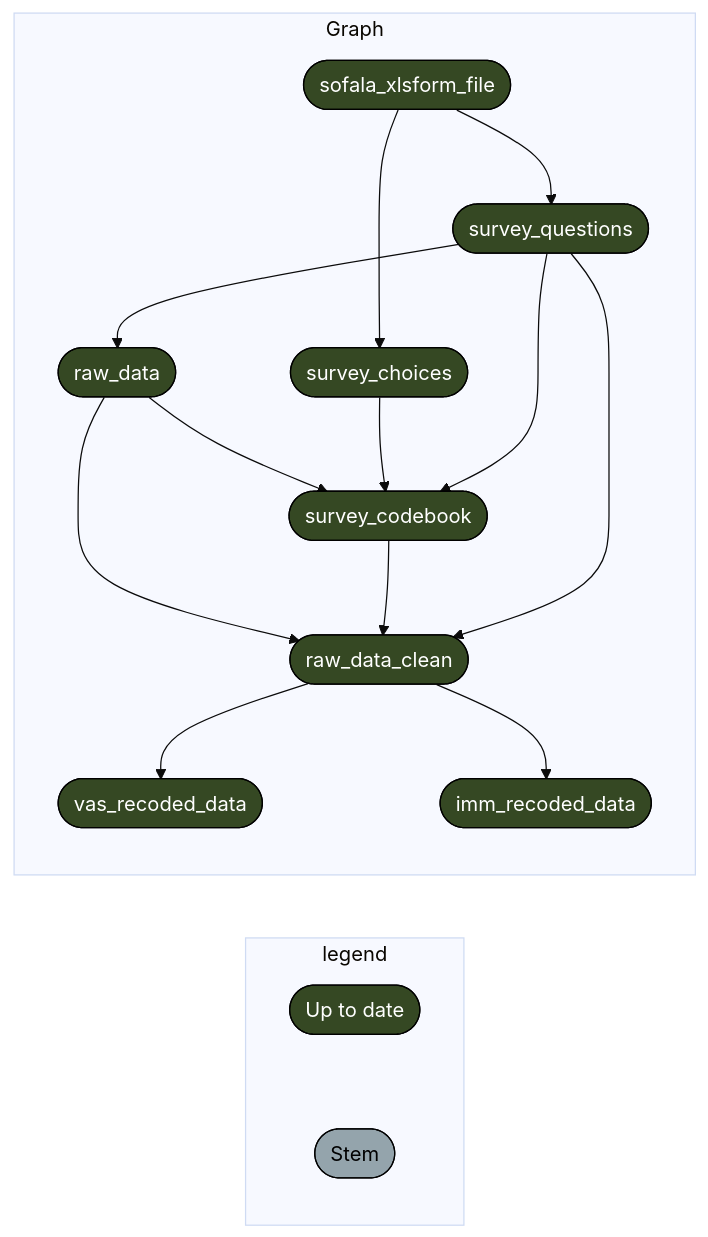
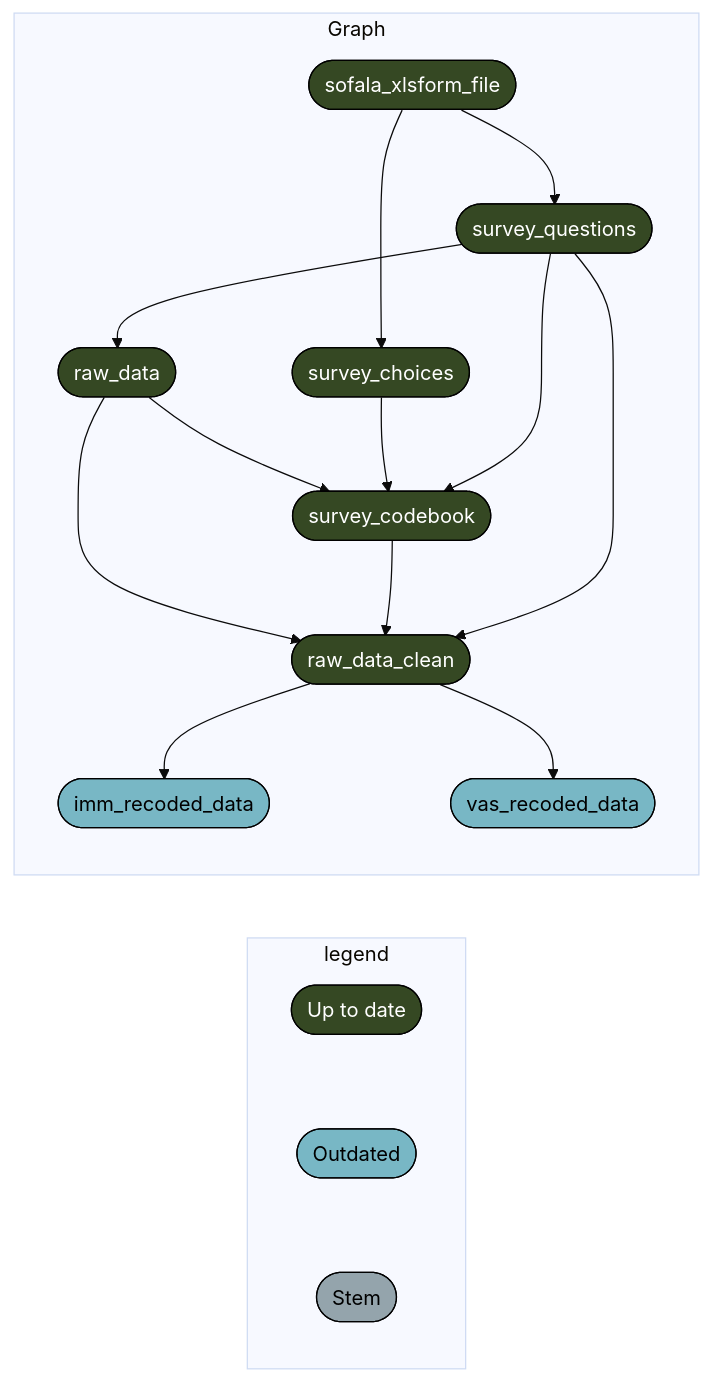
The fifth of 5 diagrams in README.md (katilingban/mozambique-s3m), drawn with Mermaid (base theme) before and after one commit. The commit also changed other lines of this file and 5 other files, not shown here.

````diff
--- a/README.md
+++ b/README.md
@@ -157,22 +155,25 @@
 ``` mermaid
 graph LR
   subgraph legend
-    x7420bd9270f8d27d([""Up to date""]):::uptodate --- xbf4603d6c2c2ad6b([""Stem""]):::none
+    x7420bd9270f8d27d([""Up to date""]):::uptodate --- x0a52b03877696646([""Outdated""]):::outdated
+    x0a52b03877696646([""Outdated""]):::outdated --- xbf4603d6c2c2ad6b([""Stem""]):::none
   end
   subgraph Graph
+    x09e58614f2343db8(["raw_data_clean"]):::uptodate --> x4886c91a92173c33(["imm_recoded_data"]):::outdated
+    x52eeb21c389d52d8(["sofala_xlsform_file"]):::uptodate --> x0c65864d89dfd824(["survey_questions"]):::uptodate
+    x09e58614f2343db8(["raw_data_clean"]):::uptodate --> x1dccf1efe1fe8a59(["vas_recoded_data"]):::outdated
     x136e4e85e6851637(["raw_data"]):::uptodate --> xfcfc1959dbba8ed3(["survey_codebook"]):::uptodate
     x5aed27afbde18e19(["survey_choices"]):::uptodate --> xfcfc1959dbba8ed3(["survey_codebook"]):::uptodate
     x0c65864d89dfd824(["survey_questions"]):::uptodate --> xfcfc1959dbba8ed3(["survey_codebook"]):::uptodate
-    x0c65864d89dfd824(["survey_questions"]):::uptodate --> x136e4e85e6851637(["raw_data"]):::uptodate
-    x09e58614f2343db8(["raw_data_clean"]):::uptodate --> x1dccf1efe1fe8a59(["vas_recoded_data"]):::uptodate
     x136e4e85e6851637(["raw_data"]):::uptodate --> x09e58614f2343db8(["raw_data_clean"]):::uptodate
     xfcfc1959dbba8ed3(["survey_codebook"]):::uptodate --> x09e58614f2343db8(["raw_data_clean"]):::uptodate
     x0c65864d89dfd824(["survey_questions"]):::uptodate --> x09e58614f2343db8(["raw_data_clean"]):::uptodate
-    x52eeb21c389d52d8(["sofala_xlsform_file"]):::uptodate --> x0c65864d89dfd824(["survey_questions"]):::uptodate
-    x09e58614f2343db8(["raw_data_clean"]):::uptodate --> x4886c91a92173c33(["imm_recoded_data"]):::uptodate
     x52eeb21c389d52d8(["sofala_xlsform_file"]):::uptodate --> x5aed27afbde18e19(["survey_choices"]):::uptodate
+    x0c65864d89dfd824(["survey_questions"]):::uptodate --> x136e4e85e6851637(["raw_data"]):::uptodate
   end
   classDef uptodate stroke:#000000,color:#ffffff,fill:#354823;
+  classDef outdated stroke:#000000,color:#000000,fill:#78B7C5;
   classDef none stroke:#000000,color:#000000,fill:#94a4ac;
   linkStyle 0 stroke-width:0px;
+  linkStyle 1 stroke-width:0px;
 ```
````
